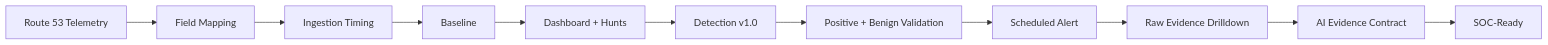
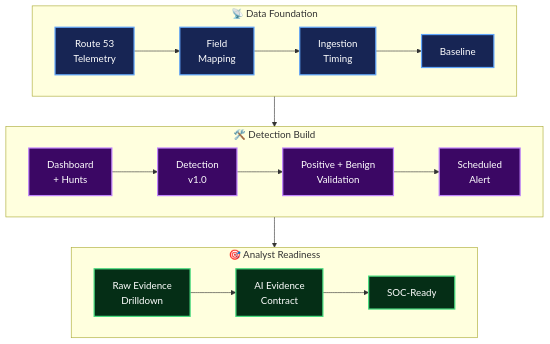
One commit to DNSentinel-Lab/Scenario-01-DNS-Recon changed the diagram in detection-engineering/README.md. Above: the diagram before and after it, drawn with Mermaid.

Commit message:
Revise flowchart structure in README.md
Updated the flowchart to enhance clarity and organization, dividing the process into three subgraphs: Data Foundation, Detection Build, and Analyst Readiness.

````diff
--- a/detection-engineering/README.md
+++ b/detection-engineering/README.md
@@ -46,13 +46,34 @@
 ```mermaid
-flowchart LR
-    A["Route 53 Telemetry"] --> B["Field Mapping"]
-    B --> C["Ingestion Timing"]
-    C --> D["Baseline"]
-    D --> E["Dashboard + Hunts"]
-    E --> F["Detection v1.0"]
-    F --> G["Positive + Benign Validation"]
-    G --> H["Scheduled Alert"]
-    H --> I["Raw Evidence Drilldown"]
-    I --> J["AI Evidence Contract"]
-    J --> K["SOC-Ready"]
+flowchart TB
+
+    subgraph P1["📡 Data Foundation"]
+        direction LR
+        A["Route 53<br/>Telemetry"] --> B["Field<br/>Mapping"]
+        B --> C["Ingestion<br/>Timing"]
+        C --> D["Baseline"]
+    end
+
+    subgraph P2["🛠️ Detection Build"]
+        direction LR
+        E["Dashboard<br/>+ Hunts"] --> F["Detection<br/>v1.0"]
+        F --> G["Positive + Benign<br/>Validation"]
+        G --> H["Scheduled<br/>Alert"]
+    end
+
+    subgraph P3["🎯 Analyst Readiness"]
+        direction LR
+        I["Raw Evidence<br/>Drilldown"] --> J["AI Evidence<br/>Contract"]
+        J --> K["SOC-Ready"]
+    end
+
+    D --> E
+    H --> I
+
+    classDef phase1 fill:#172554,stroke:#60a5fa,stroke-width:2px,color:#ffffff;
+    classDef phase2 fill:#3b0764,stroke:#c084fc,stroke-width:2px,color:#ffffff;
+    classDef phase3 fill:#052e16,stroke:#4ade80,stroke-width:2px,color:#ffffff;
+
+    class A,B,C,D phase1;
+    class E,F,G,H phase2;
+    class I,J,K phase3;
 ```
````
